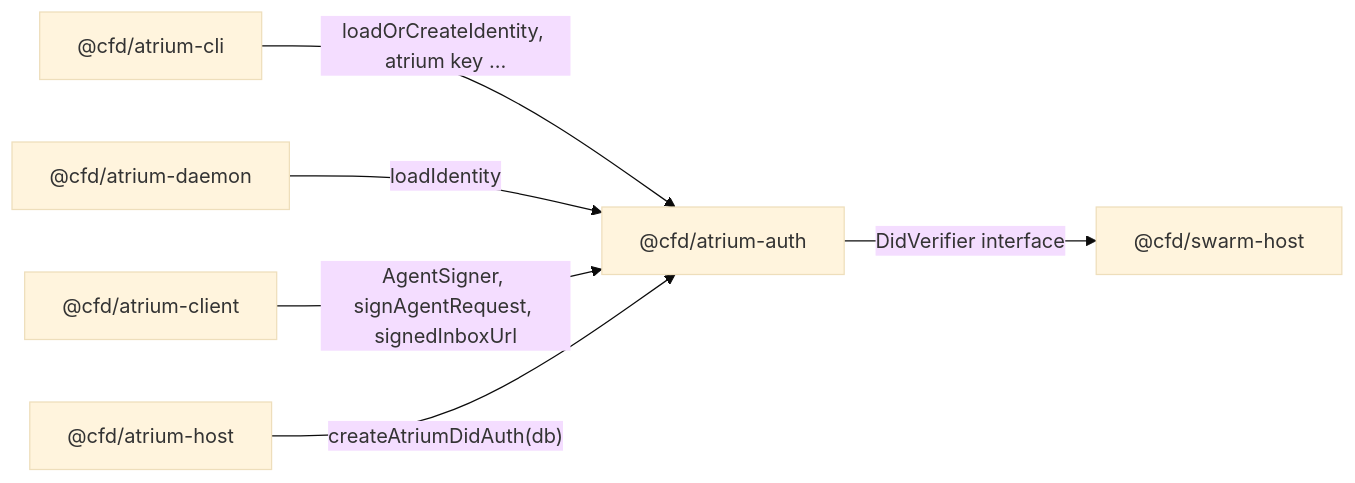
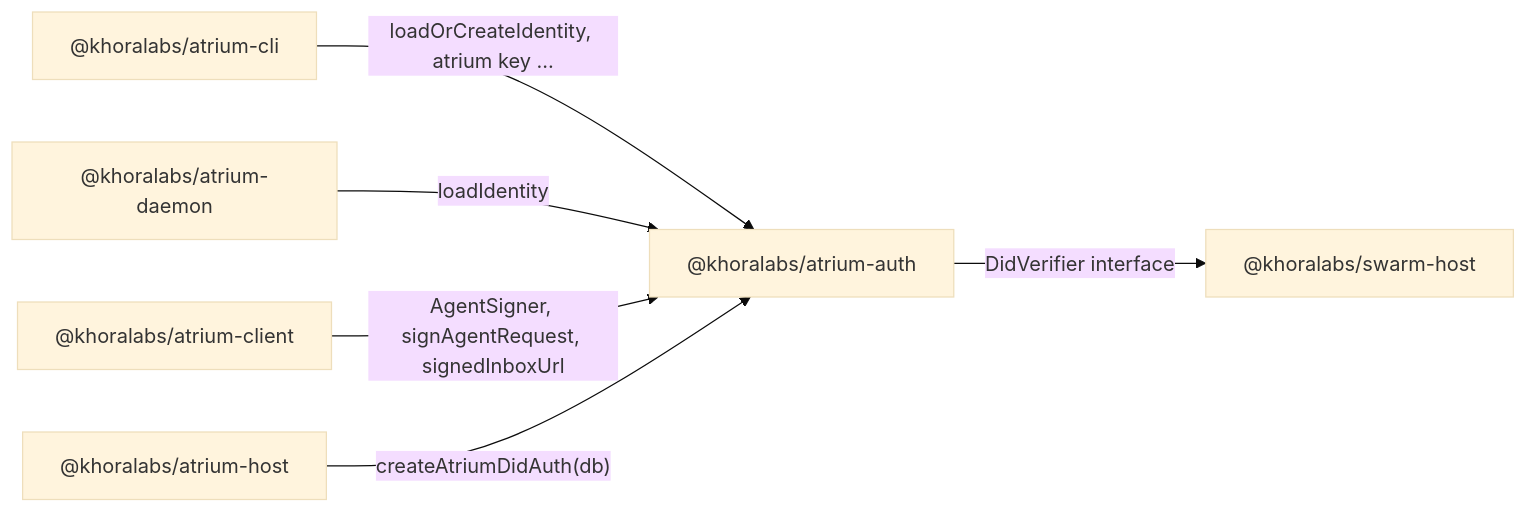
One commit to khoralabs/khora changed the diagram in apps/atrium/auth/README.md. Above: the diagram before and after it, drawn with Mermaid (base theme). The commit also changed other lines of this file and 388 other files, not shown here.

Commit message:
update all @cfd namespacing to @khoralabs

````diff
--- a/apps/atrium/auth/README.md
+++ b/apps/atrium/auth/README.md
@@ -15,8 +15,8 @@
 ```mermaid
 graph LR
-  cli["@cfd/atrium-cli"] -->|"loadOrCreateIdentity, atrium key …"| auth["@cfd/atrium-auth"]
-  daemon["@cfd/atrium-daemon"] -->|"loadIdentity"| auth
-  client["@cfd/atrium-client"] -->|"AgentSigner, signAgentRequest, signedInboxUrl"| auth
-  host["@cfd/atrium-host"] -->|"createAtriumDidAuth(db)"| auth
-  auth -->|"DidVerifier interface"| swarm["@cfd/swarm-host"]
+  cli["@khoralabs/atrium-cli"] -->|"loadOrCreateIdentity, atrium key …"| auth["@khoralabs/atrium-auth"]
+  daemon["@khoralabs/atrium-daemon"] -->|"loadIdentity"| auth
+  client["@khoralabs/atrium-client"] -->|"AgentSigner, signAgentRequest, signedInboxUrl"| auth
+  host["@khoralabs/atrium-host"] -->|"createAtriumDidAuth(db)"| auth
+  auth -->|"DidVerifier interface"| swarm["@khoralabs/swarm-host"]
 ```
````
